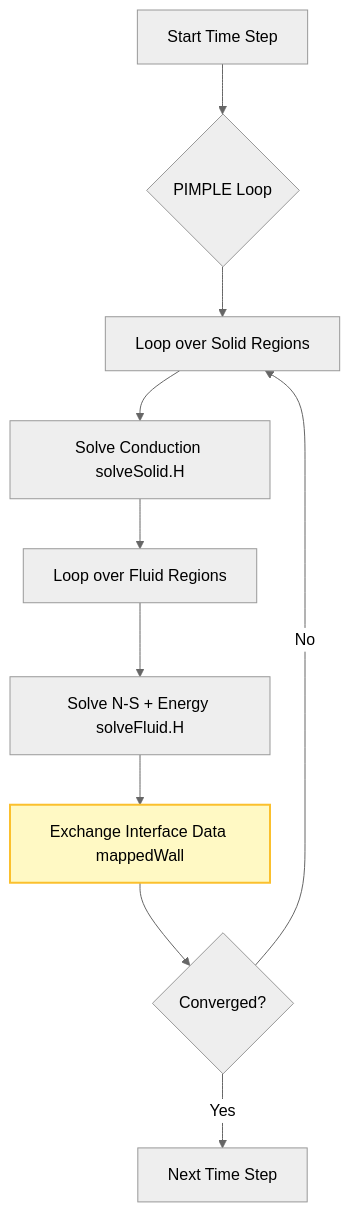
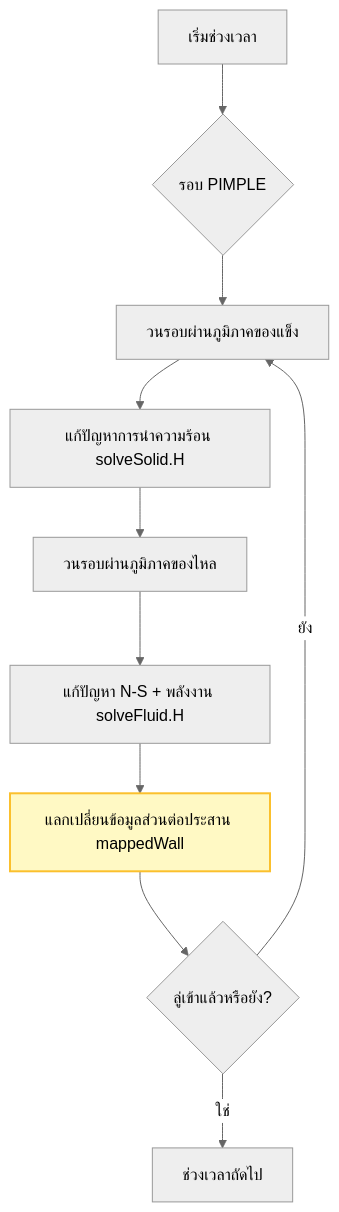
The first of 2 diagrams in MODULE_06_ADVANCED_PHYSICS/CONTENT/02_COUPLED_PHYSICS/01_Conjugate_Heat_Transfer.md (wramet/build-my-cfd), drawn with Mermaid (neutral theme) before and after one commit. The commit also changed other lines of this file and 104 other files, not shown here.

````diff
--- a/MODULE_06_ADVANCED_PHYSICS/CONTENT/02_COUPLED_PHYSICS/01_Conjugate_Heat_Transfer.md
+++ b/MODULE_06_ADVANCED_PHYSICS/CONTENT/02_COUPLED_PHYSICS/01_Conjugate_Heat_Transfer.md
@@ -156,14 +156,14 @@
 ```mermaid
 flowchart TD
-    A[Start Time Step] --> B{PIMPLE Loop}
-    B --> C[Loop over Solid Regions]
-    C --> D[Solve Conduction solveSolid.H]
-    D --> E[Loop over Fluid Regions]
-    E --> F[Solve N-S + Energy solveFluid.H]
-    F --> G[Exchange Interface Data mappedWall]
-    G --> H{Converged?}
-    H -- No --> C
-    H -- Yes --> I[Next Time Step]
+    A[เริ่มช่วงเวลา] --> B{รอบ PIMPLE}
+    B --> C[วนรอบผ่านภูมิภาคของแข็ง]
+    C --> D[แก้ปัญหาการนำความร้อน solveSolid.H]
+    D --> E[วนรอบผ่านภูมิภาคของไหล]
+    E --> F[แก้ปัญหา N-S + พลังงาน solveFluid.H]
+    F --> G[แลกเปลี่ยนข้อมูลส่วนต่อประสาน mappedWall]
+    G --> H{ลู่เข้าแล้วหรือยัง?}
+    H -- ยัง --> C
+    H -- ใช่ --> I[ช่วงเวลาถัดไป]
 
     style G fill:#fff9c4,stroke:#fbc02d,stroke-width:2px
 ```
````
